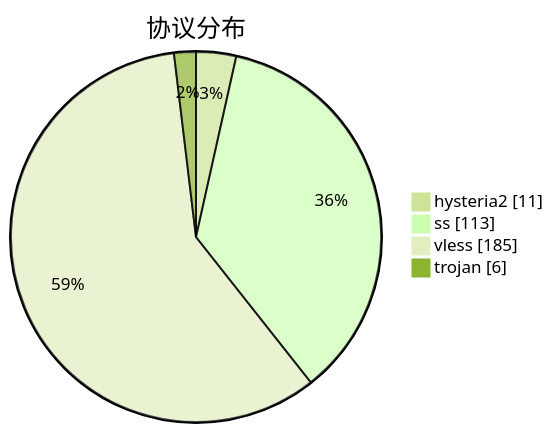
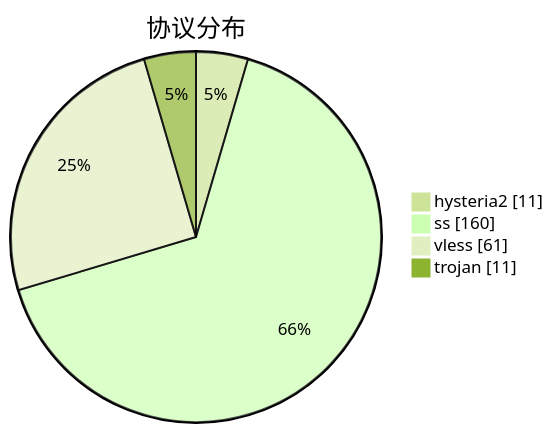
The third of 3 diagrams in subs/statistics/tested_within.md (qjlxg/airport), drawn with Mermaid (forest theme) before and after one commit. The commit also changed other lines of this file and 2 other files, not shown here.

````diff
--- a/subs/statistics/tested_within.md
+++ b/subs/statistics/tested_within.md
@@ -19,8 +17,8 @@
 ```mermaid
 pie showData
 title 协议分布
 "hysteria2" : 11
-"ss" : 113
-"vless" : 185
-"trojan" : 6
+"ss" : 160
+"vless" : 61
+"trojan" : 11
 ```
````
